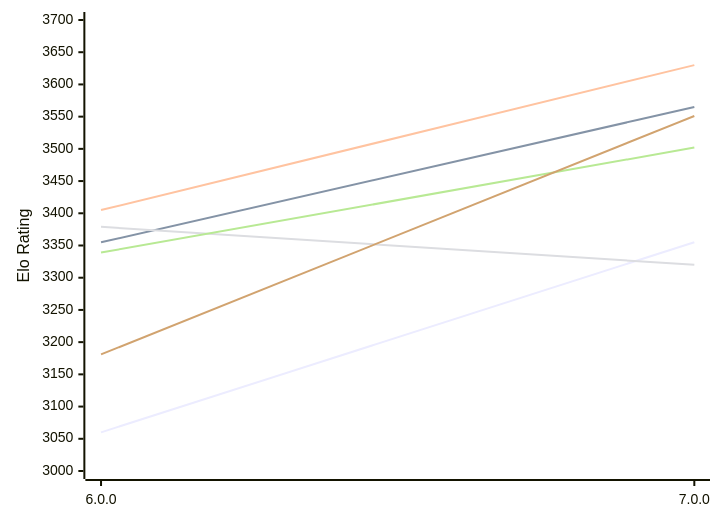
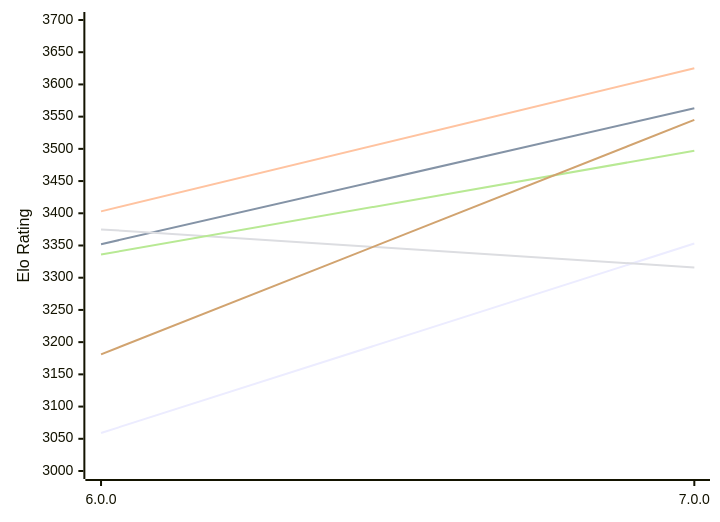
The first of 2 diagrams in engines/Minke.md (computer-chess-index/cci), drawn with Mermaid before and after one commit. The commit also changed other lines of this file, not shown here.

Commit message:
Update CCI Ratings (ELO VLTC) - 2026-11-19

````diff
--- a/engines/Minke.md
+++ b/engines/Minke.md
@@ -53,12 +53,12 @@
 ```mermaid
 %%{init: {"theme":"base","themeVariables":{"seriesColors:['#a3a3a3','#222221','#faa371']}}}%%
 xychart-beta
   x-axis ["6.0.0", "7.0.0"]
   y-axis "Elo Rating" 3000 --> 3700
-  line "E1: STC (8.0+0.08s)" [3060, 3355]
-  line "E1: LTC (60.0+0.60s)" [3355, 3565]
-  line "E1: VLTC (2m24s+1.12s)" [3405, 3630]
-  line "P1: STC (8.0+0.08s)" [3379, 3320]
-  line "P1: LTC (60.0+0.60s)" [3339, 3502]
-  line "P1: VLTC (2m24s+1.12s)" [3181, 3551]
+  line "E1: STC (8.0+0.08s)" [3059, 3353]
+  line "E1: LTC (60.0+0.60s)" [3352, 3563]
+  line "E1: VLTC (2m24s+1.12s)" [3403, 3625]
+  line "P1: STC (8.0+0.08s)" [3375, 3316]
+  line "P1: LTC (60.0+0.60s)" [3336, 3497]
+  line "P1: VLTC (2m24s+1.12s)" [3181, 3545]
 ```
````
